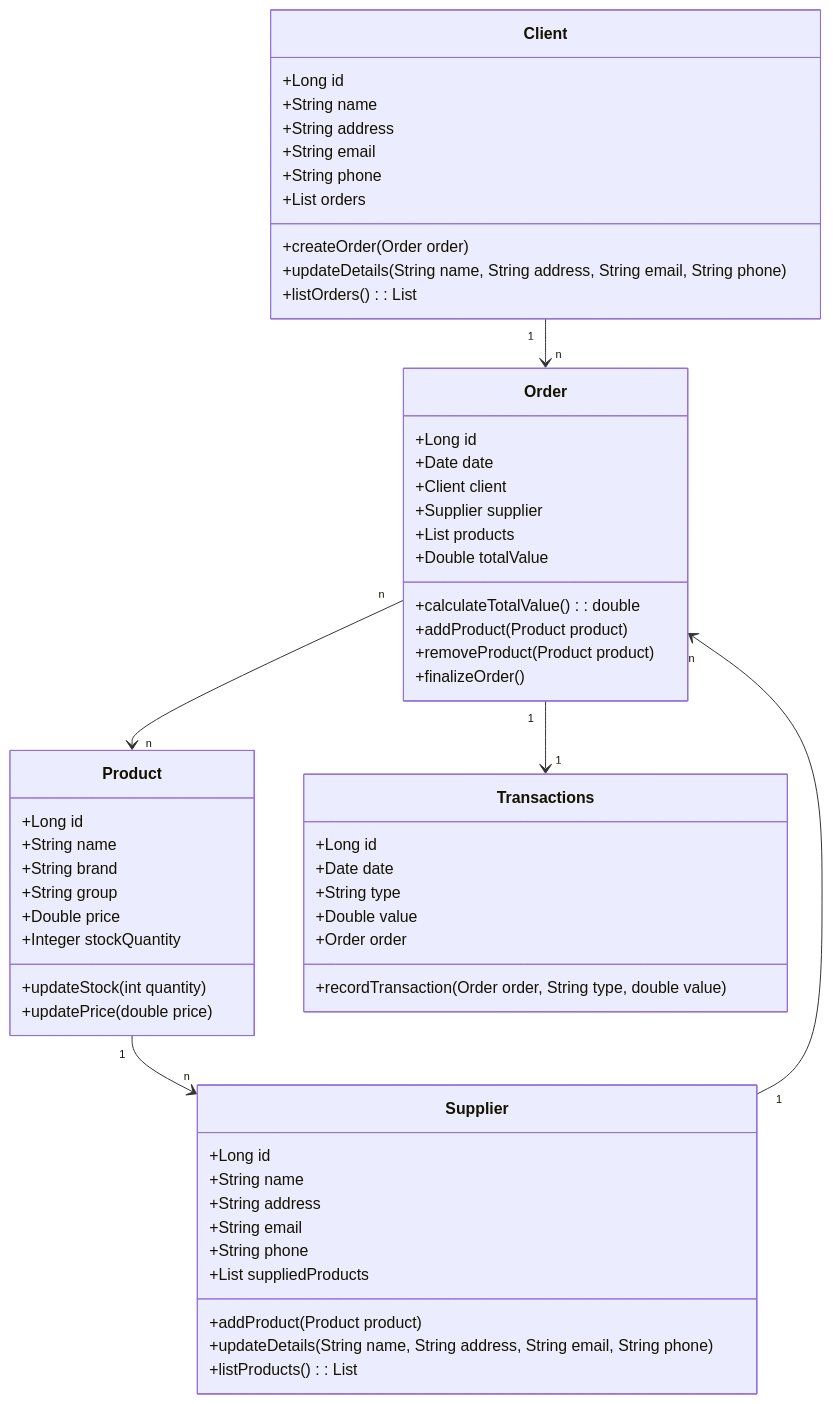
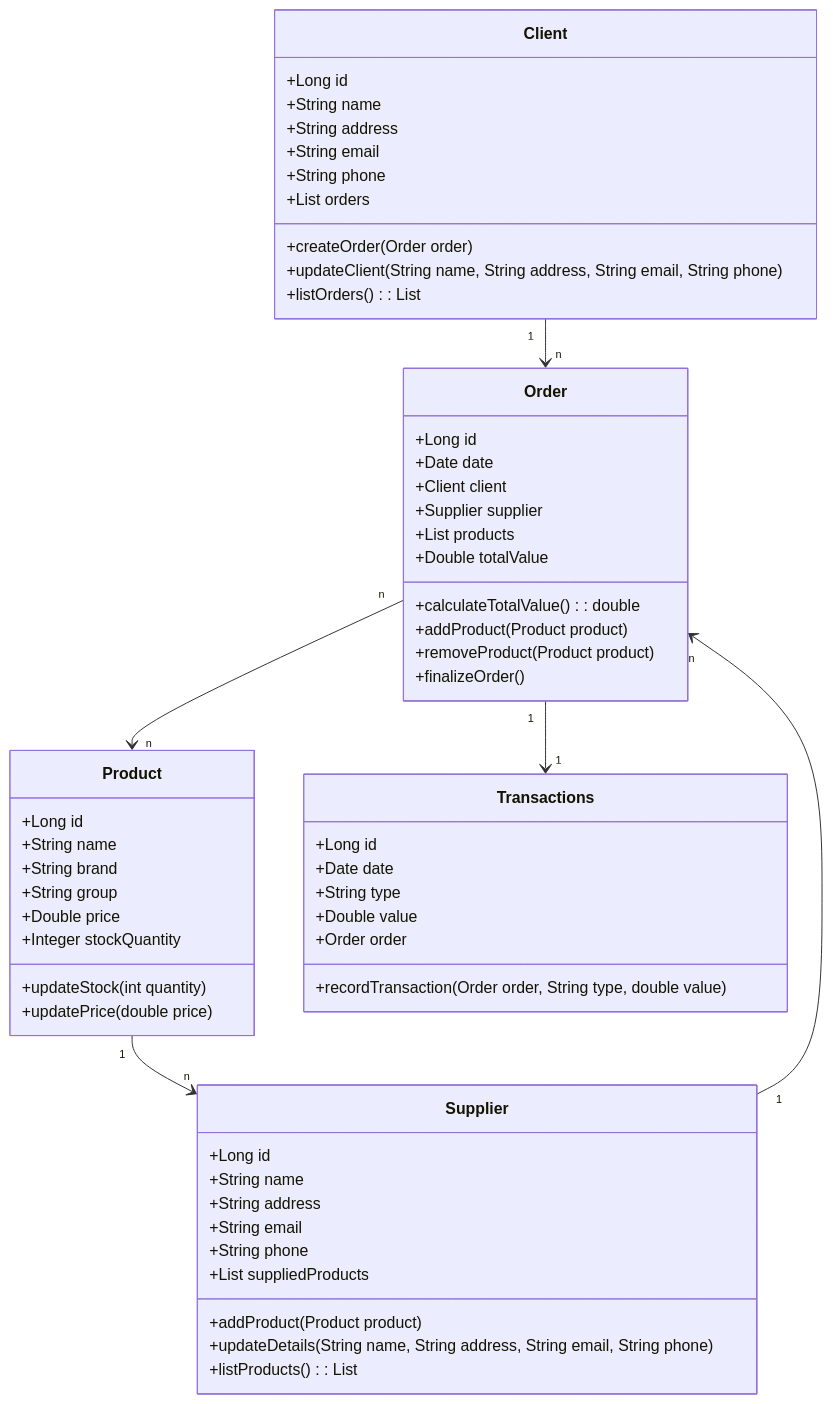
Before and after one commit to DiegoCasemiroFS/distribuidora: the diagram in README.md, drawn with Mermaid.

````diff
--- a/README.md
+++ b/README.md
@@ -8,72 +8,72 @@
 ```mermaid
 classDiagram
     class Client {
         +Long id
         +String name
         +String address
         +String email
         +String phone
         +List<Order> orders
         
         +createOrder(Order order)
-        +updateDetails(String name, String address, String email, String phone)
+        +updateClient(String name, String address, String email, String phone)
         +listOrders(): List<Order>
     }
     
     class Supplier {
         +Long id
         +String name
         +String address
         +String email
         +String phone
         +List<Product> suppliedProducts
         
         +addProduct(Product product)
         +updateDetails(String name, String address, String email, String phone)
         +listProducts(): List<Product>
     }
     
     class Order {
         +Long id
         +Date date
         +Client client
         +Supplier supplier
         +List<Product> products
         +Double totalValue
         
         +calculateTotalValue(): double
         +addProduct(Product product)
         +removeProduct(Product product)
         +finalizeOrder()
     }
     
     class Product {
         +Long id
         +String name
         +String brand
         +String group
         +Double price
         +Integer stockQuantity
         
         +updateStock(int quantity)
         +updatePrice(double price)
     }
     
     class Transactions {
         +Long id
         +Date date
         +String type
         +Double value
         +Order order
         
         +recordTransaction(Order order, String type, double value)
     }
 
     Client "1" --> "n" Order
     Supplier "1" --> "n" Order
     Order "n" --> "n" Product
     Product "1" --> "n" Supplier
     Order "1" --> "1" Transactions
 
 
 ```
````
